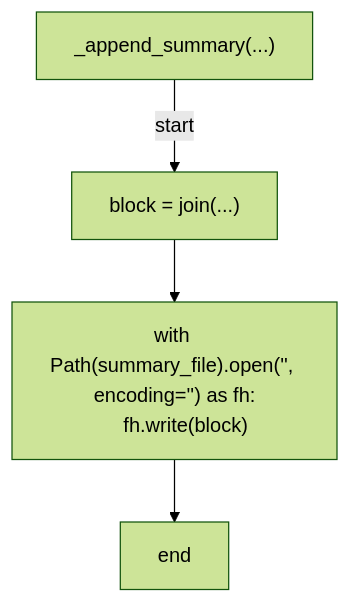
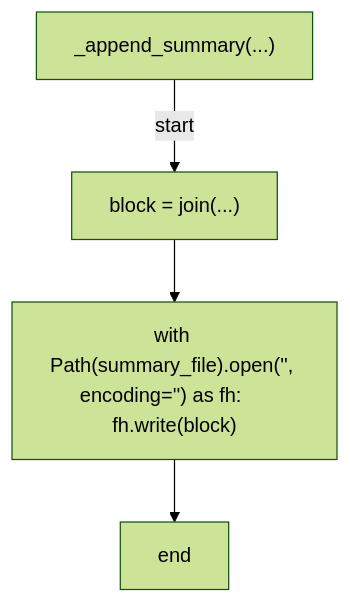
The fourth of 6 diagrams in docs/generated/scripts/ast/attack_review_reminder.md (tvna/claude-md), drawn with Mermaid (forest theme) before and after one commit. The commit also changed other lines of this file and 20 other files, not shown here.

First line of the commit message:
docs(generated): regenerate decision tree and workflow diagrams (batch 1/5)

````diff
--- a/docs/generated/scripts/ast/attack_review_reminder.md
+++ b/docs/generated/scripts/ast/attack_review_reminder.md
@@ -63,11 +54,10 @@
 ```mermaid
 flowchart TD
     N001["_append_summary(...)"]
     N002["block = join(...)"]
-    N003["with Path(summary_file).open('<str>', encoding='<str>') as fh:
-    fh.write(block)"]
+    N003["with Path(summary_file).open('<str>', encoding='<str>') as fh:     fh.write(block)"]
     N004["end"]
     N001 -->|"start"| N002
     N002 --> N003
     N003 --> N004
 ```
````
